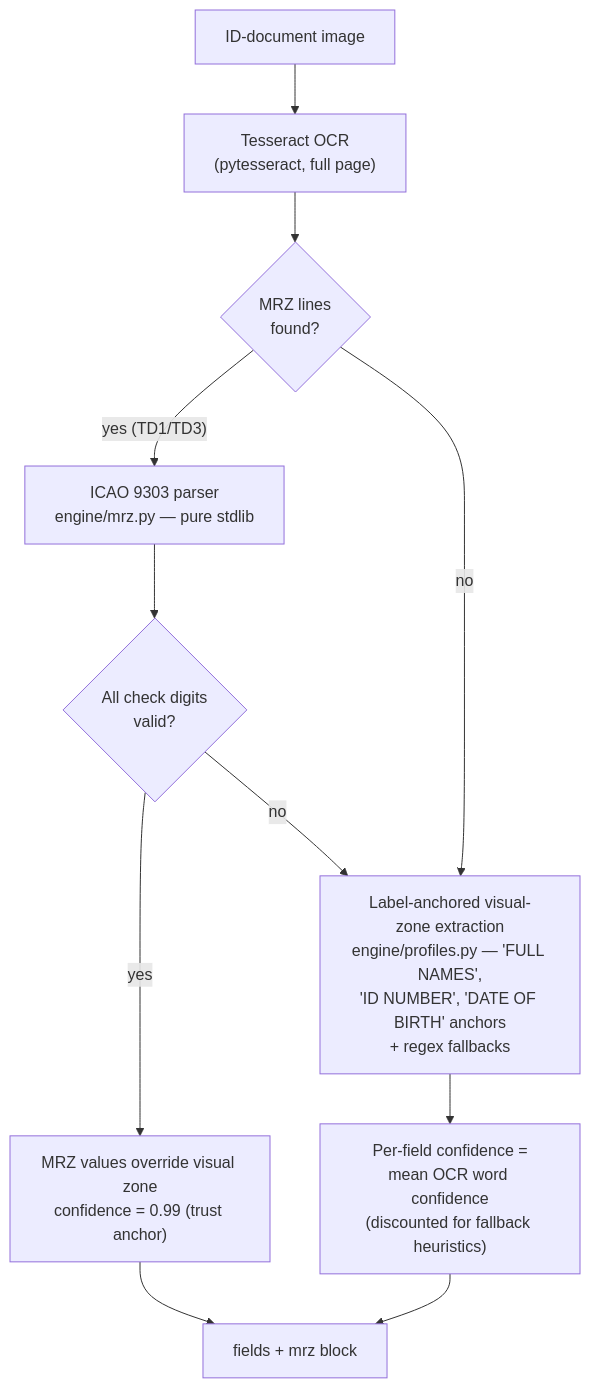
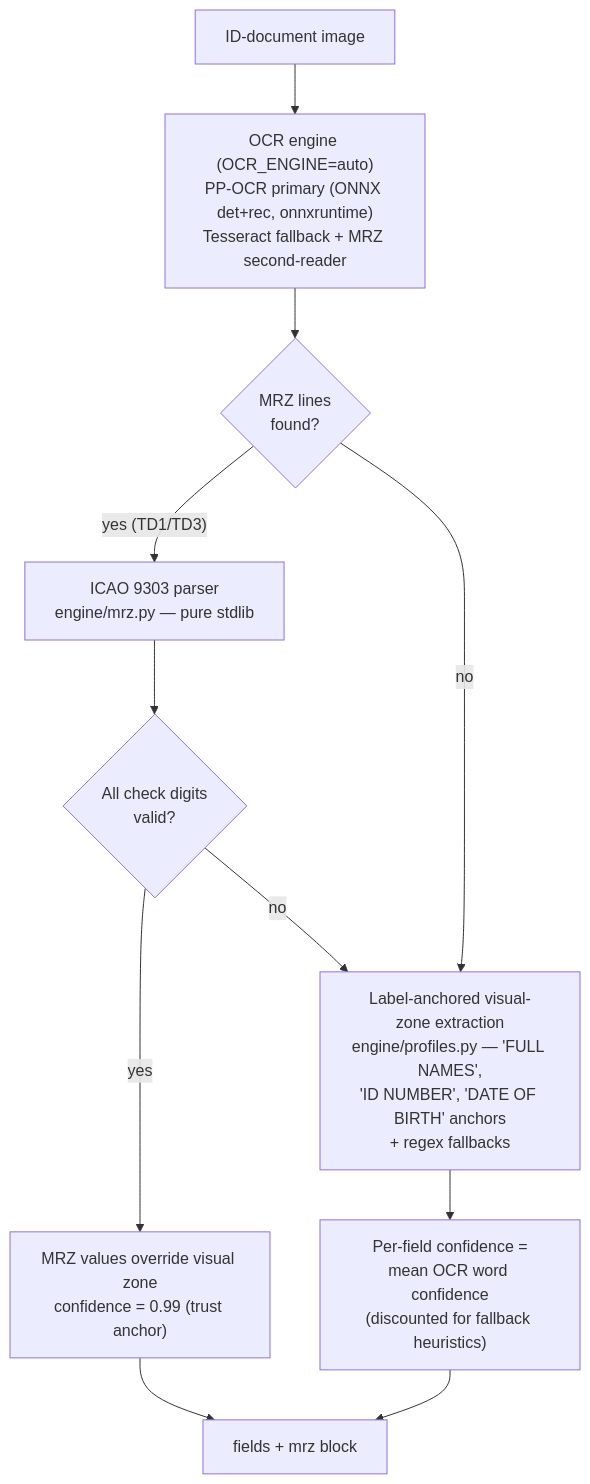
One commit to aktech-io/AthenaIntelligentLMS changed the second of 4 diagrams in docs/ekyc/04-component-reference.md. Above: the diagram before and after it, drawn with Mermaid. The commit also changed other lines of this file and 8 other files, not shown here.

First line of the commit message:
feat(ekyc): PP-OCR primary OCR engine as ONNX — no paddlepaddle wheel

````diff
--- a/docs/ekyc/04-component-reference.md
+++ b/docs/ekyc/04-component-reference.md
@@ -54,13 +54,13 @@
 ```mermaid
 flowchart TD
-    A[ID-document image] --> B["Tesseract OCR\n(pytesseract, full page)"]
+    A[ID-document image] --> B["OCR engine (OCR_ENGINE=auto)\nPP-OCR primary (ONNX det+rec, onnxruntime)\nTesseract fallback + MRZ second-reader"]
     B --> C{MRZ lines\nfound?}
     C -- "yes (TD1/TD3)" --> D["ICAO 9303 parser\nengine/mrz.py — pure stdlib"]
     D --> E{All check digits\nvalid?}
     E -- yes --> F["MRZ values override visual zone\nconfidence = 0.99 (trust anchor)"]
     C -- no --> G["Label-anchored visual-zone extraction\nengine/profiles.py — 'FULL NAMES',\n'ID NUMBER', 'DATE OF BIRTH' anchors\n+ regex fallbacks"]
     E -- no --> G
     G --> H["Per-field confidence =\nmean OCR word confidence\n(discounted for fallback heuristics)"]
     F --> I[fields + mrz block]
     H --> I
 ```
````
